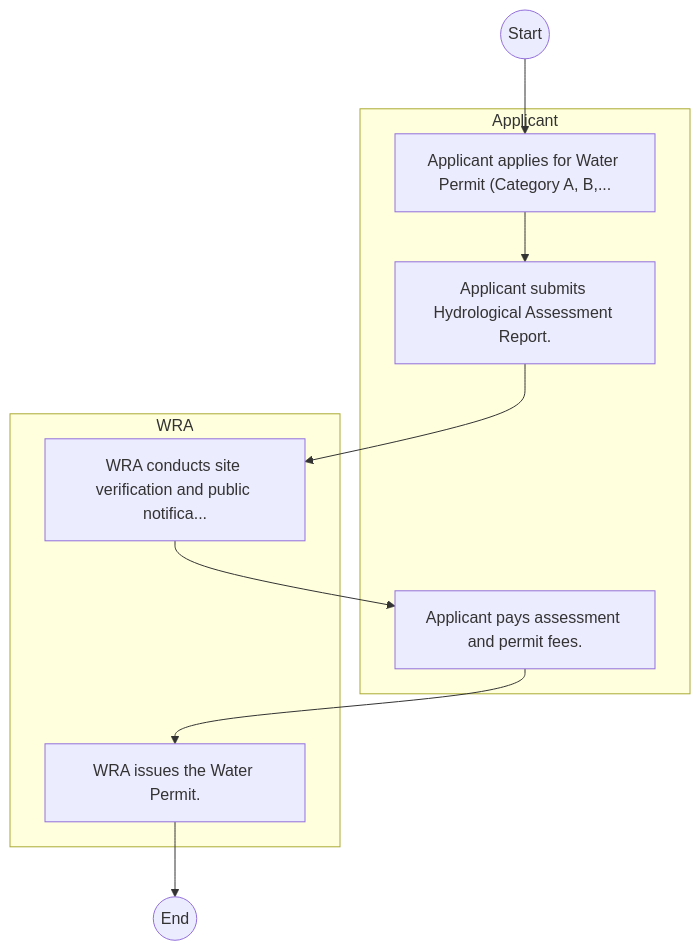
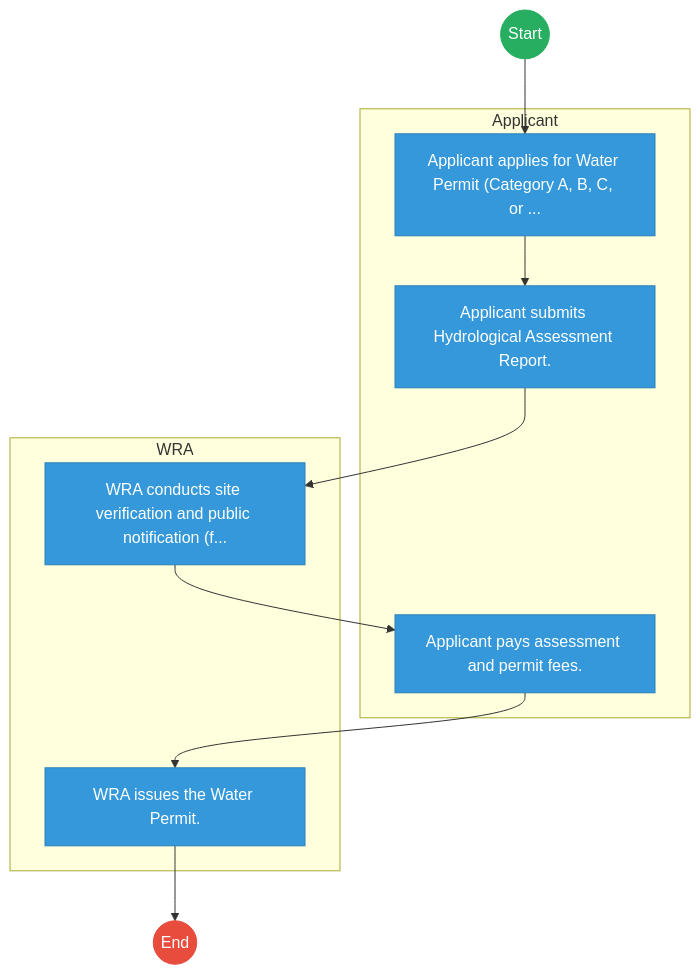
The first of 2 diagrams in mdas/docs_final/Water_Resources_Authority___Licensing_and_Permitting.md (BITZ-IT-Consulting-LTD/ictapoc), drawn with Mermaid before and after one commit. The commit also changed other lines of this file and 461 other files, not shown here.

````diff
--- a/mdas/docs_final/Water_Resources_Authority___Licensing_and_Permitting.md
+++ b/mdas/docs_final/Water_Resources_Authority___Licensing_and_Permitting.md
@@ -20,18 +20,29 @@
 ```mermaid
 graph TD
     Start((Start)) --> S1
+
     subgraph Applicant [Applicant]
-        S1["Applicant applies for Water Permit (Category A, B,..."]
+        S1["Applicant applies for Water Permit (Category A, B, C, or ..."]
         S2["Applicant submits Hydrological Assessment Report."]
         S4["Applicant pays assessment and permit fees."]
     end
+
     subgraph WRA [WRA]
-        S3["WRA conducts site verification and public notifica..."]
+        S3["WRA conducts site verification and public notification (f..."]
         S5["WRA issues the Water Permit."]
     end
     S1 --> S2
     S2 --> S3
     S3 --> S4
     S4 --> S5
     S5 --> End((End))
+
+    classDef start fill:#27ae60,stroke:#27ae60,color:#fff;
+    classDef endNode fill:#e74c3c,stroke:#e74c3c,color:#fff;
+    classDef userTask fill:#3498db,stroke:#2980b9,color:#fff;
+    classDef serviceTask fill:#9b59b6,stroke:#8e44ad,color:#fff;
+
+    class Start start;
+    class End endNode;
+    class S1,S2,S3,S4,S5 userTask;
 ```
````
